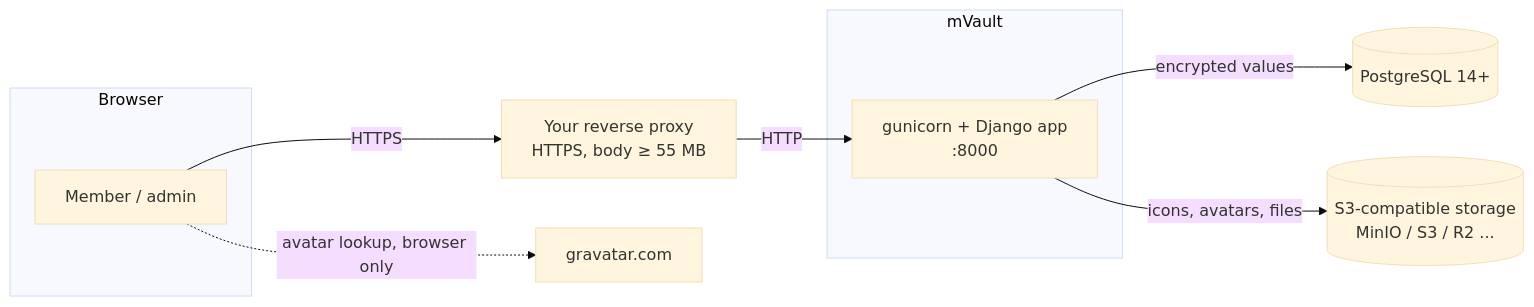
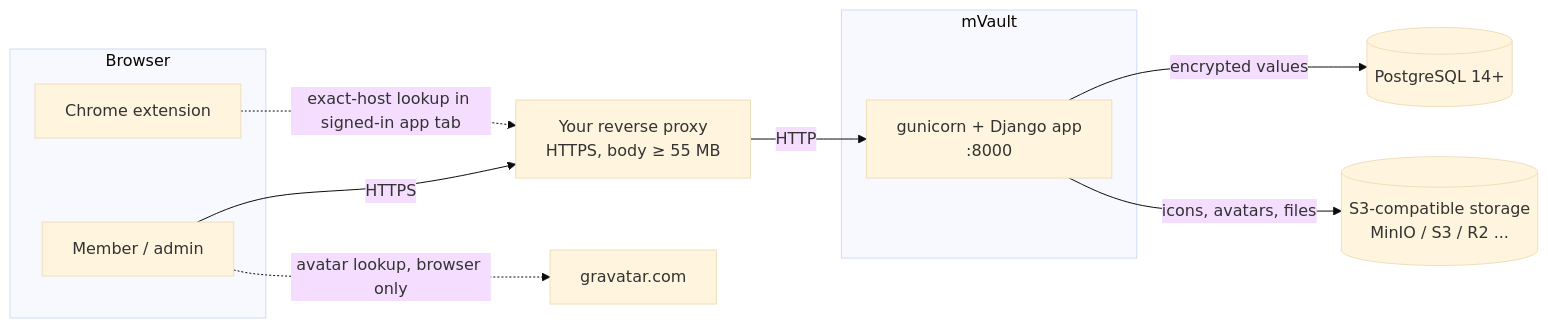
One commit to orkhan/mvault changed the first of 2 diagrams in docs/architecture.md. Above: the diagram before and after it, drawn with Mermaid (base theme). The commit also changed other lines of this file and 30 other files, not shown here.

Commit message:
feat: add Chrome password autofill extension

````diff
--- a/docs/architecture.md
+++ b/docs/architecture.md
@@ -7,17 +7,19 @@
 ```mermaid
 flowchart LR
   subgraph Browser
     U[Member / admin]
+    E[Chrome extension]
   end
   P[Your reverse proxy<br/>HTTPS, body ≥ 55 MB]
   subgraph mVault
     W[gunicorn + Django app<br/>:8000]
   end
   PG[(PostgreSQL 14+)]
   S3[(S3-compatible storage<br/>MinIO / S3 / R2 ...)]
   G[gravatar.com]
   U -->|HTTPS| P -->|HTTP| W
+  E -.->|exact-host lookup in signed-in app tab| P
   W -->|encrypted values| PG
   W -->|icons, avatars, files| S3
   U -.->|avatar lookup, browser only| G
 ```
````
